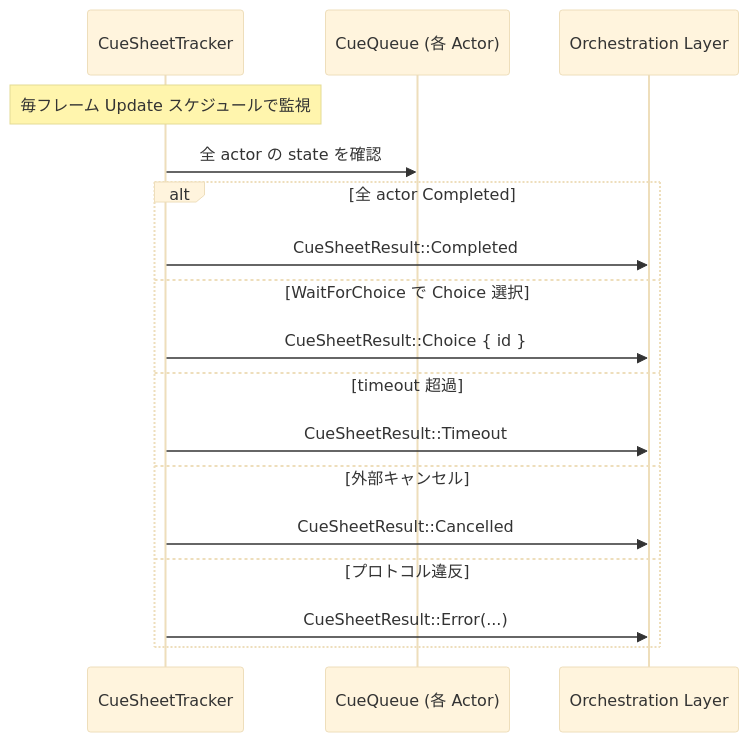
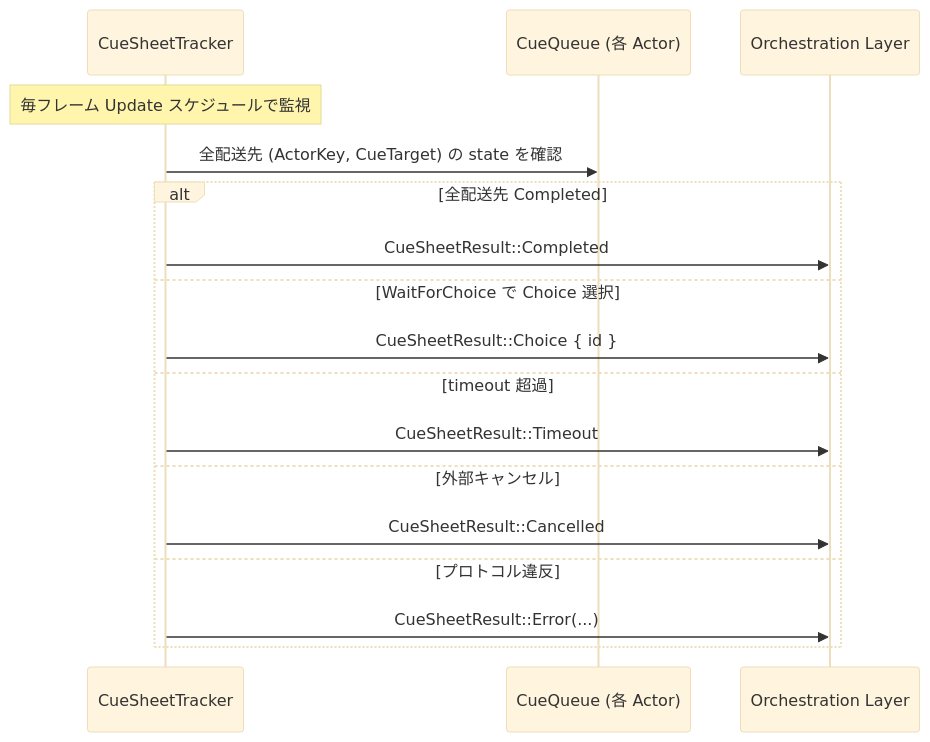
One commit to ekicyou/areka changed the fourth of 5 diagrams in .kiro/specs/wintf-P0-cue-system/design.md. Above: the diagram before and after it, drawn with Mermaid (base theme). The commit also changed other lines of this file, not shown here.

````diff
--- a/.kiro/specs/wintf-P0-cue-system/design.md
+++ b/.kiro/specs/wintf-P0-cue-system/design.md
@@ -168,20 +172,20 @@
 ```mermaid
 sequenceDiagram
     participant T as CueSheetTracker
     participant Q as CueQueue (各 Actor)
     participant O as Orchestration Layer
 
     Note over T: 毎フレーム Update スケジュールで監視
-    T->>Q: 全 actor の state を確認
-    alt 全 actor Completed
+    T->>Q: 全配送先 (ActorKey, CueTarget) の state を確認
+    alt 全配送先 Completed
         T->>O: CueSheetResult::Completed
     else WaitForChoice で Choice 選択
         T->>O: CueSheetResult::Choice { id }
     else timeout 超過
         T->>O: CueSheetResult::Timeout
     else 外部キャンセル
         T->>O: CueSheetResult::Cancelled
     else プロトコル違反
         T->>O: CueSheetResult::Error(...)
     end
 ```
````
